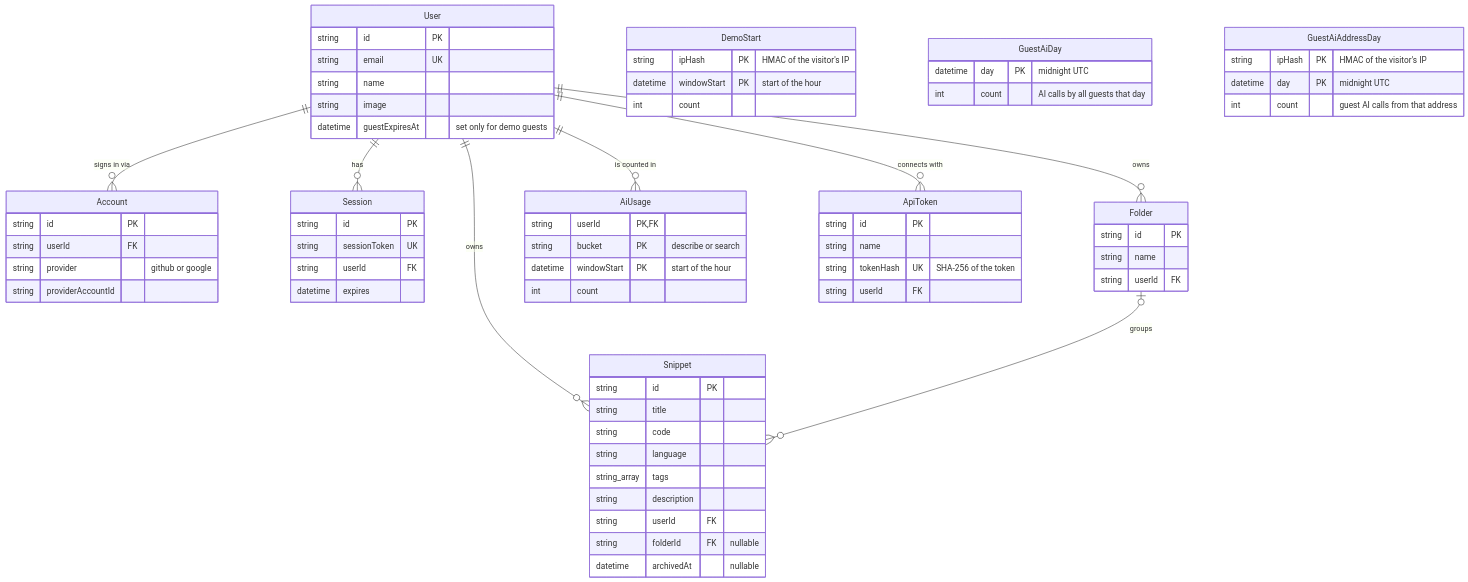
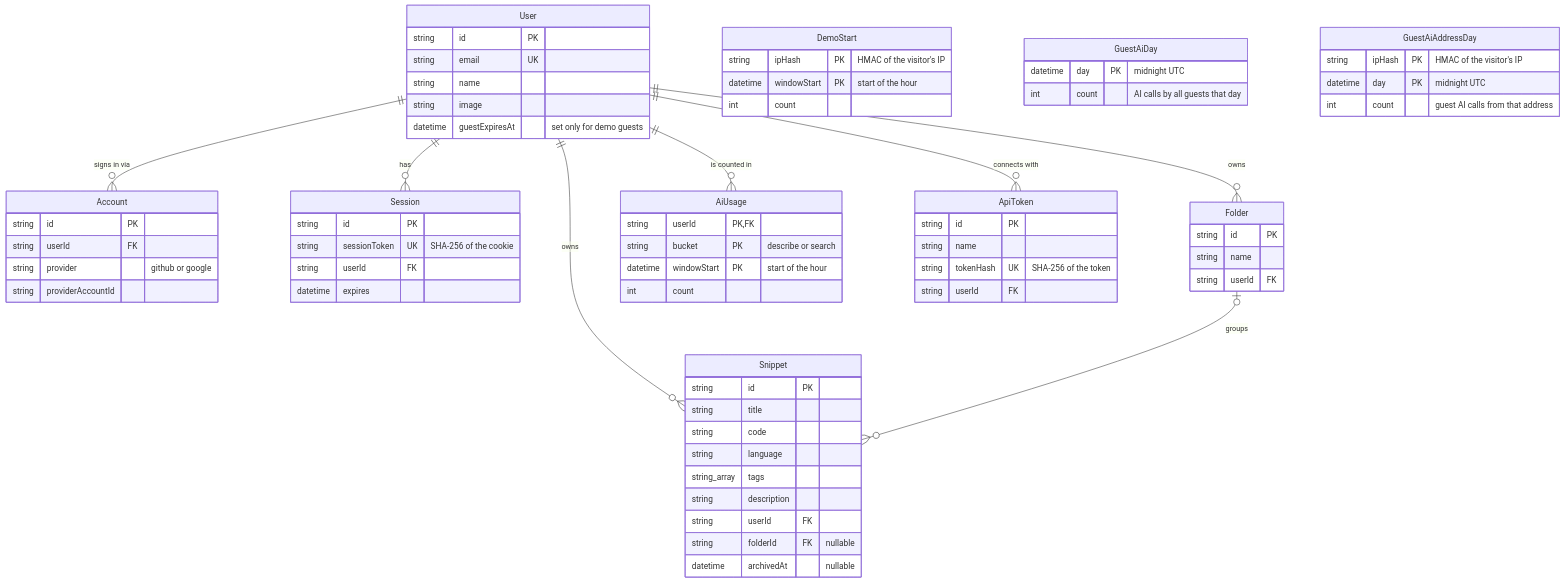
One commit to RyanDanielWalker/snippr changed the third of 4 diagrams in docs/ARCHITECTURE.md. Above: the diagram before and after it, drawn with Mermaid. The commit also changed other lines of this file and 3 other files, not shown here.

First line of the commit message:
docs: record session token hashing in ADR 0061

````diff
--- a/docs/ARCHITECTURE.md
+++ b/docs/ARCHITECTURE.md
@@ -125,72 +125,72 @@
 ```mermaid
 erDiagram
     User ||--o{ Account : "signs in via"
     User ||--o{ Session : "has"
     User ||--o{ Snippet : "owns"
     User ||--o{ Folder : "owns"
     User ||--o{ AiUsage : "is counted in"
     User ||--o{ ApiToken : "connects with"
     Folder |o--o{ Snippet : "groups"
 
     User {
         string id PK
         string email UK
         string name
         string image
         datetime guestExpiresAt "set only for demo guests"
     }
     DemoStart {
         string ipHash PK "HMAC of the visitor's IP"
         datetime windowStart PK "start of the hour"
         int count
     }
     GuestAiDay {
         datetime day PK "midnight UTC"
         int count "AI calls by all guests that day"
     }
     GuestAiAddressDay {
         string ipHash PK "HMAC of the visitor's IP"
         datetime day PK "midnight UTC"
         int count "guest AI calls from that address"
     }
     Account {
         string id PK
         string userId FK
         string provider "github or google"
         string providerAccountId
     }
     Session {
         string id PK
-        string sessionToken UK
+        string sessionToken UK "SHA-256 of the cookie"
         string userId FK
         datetime expires
     }
     Folder {
         string id PK
         string name
         string userId FK
     }
     ApiToken {
         string id PK
         string name
         string tokenHash UK "SHA-256 of the token"
         string userId FK
     }
     AiUsage {
         string userId PK, FK
         string bucket PK "describe or search"
         datetime windowStart PK "start of the hour"
         int count
     }
     Snippet {
         string id PK
         string title
         string code
         string language
         string_array tags
         string description
         string userId FK
         string folderId FK "nullable"
         datetime archivedAt "nullable"
     }
 ```
````
